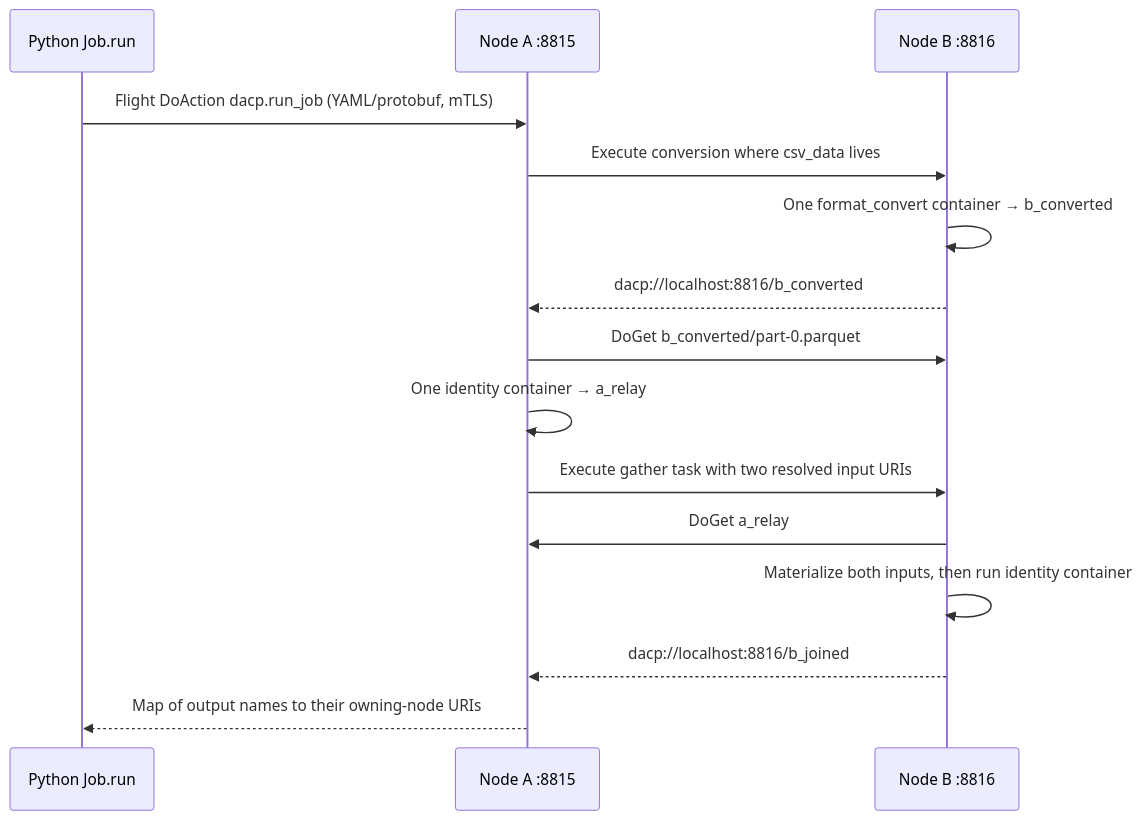
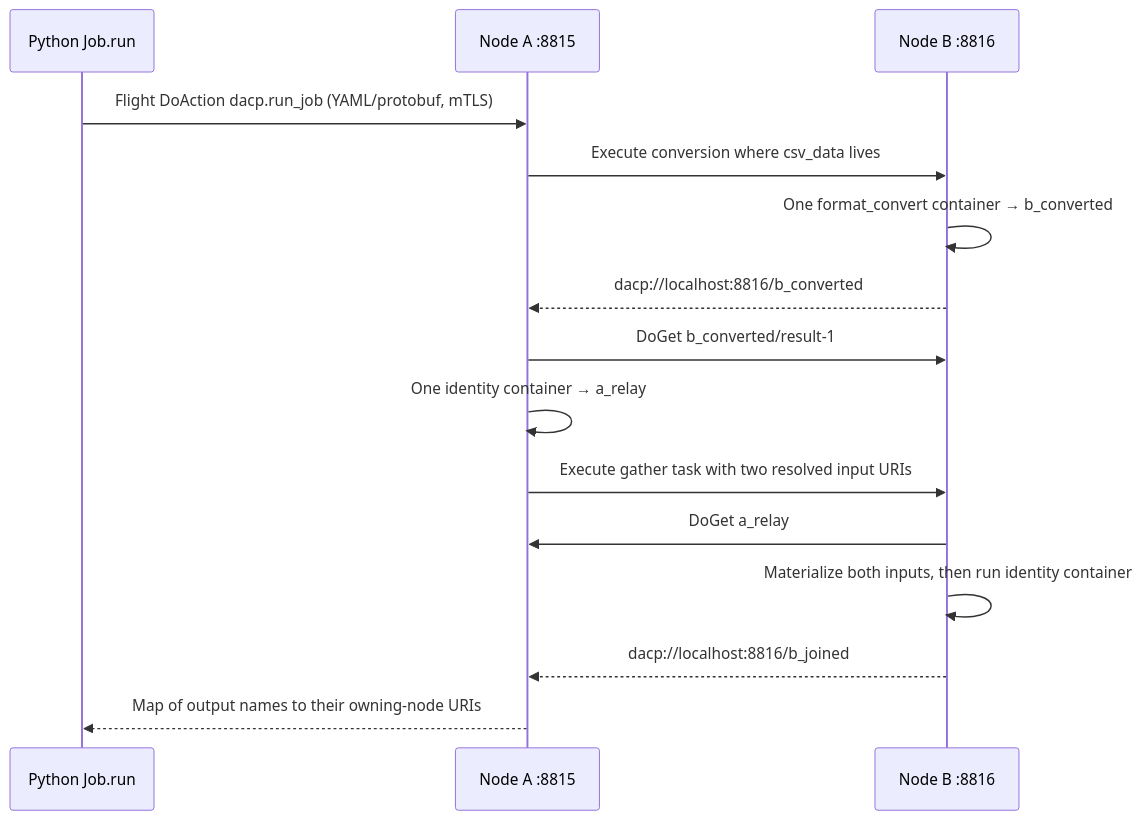
The diagram in examples/multi-node/README.md (rdcn-link/dacp-codex), drawn with Mermaid before and after one commit. The commit also changed other lines of this file and 36 other files, not shown here.

````diff
--- a/examples/multi-node/README.md
+++ b/examples/multi-node/README.md
@@ -5,17 +5,17 @@
 ```mermaid
 sequenceDiagram
     participant Client as Python Job.run
     participant A as Node A :8815
     participant B as Node B :8816
     Client->>A: Flight DoAction dacp.run_job (YAML/protobuf, mTLS)
     A->>B: Execute conversion where csv_data lives
     B->>B: One format_convert container → b_converted
     B-->>A: dacp://localhost:8816/b_converted
-    A->>B: DoGet b_converted/part-0.parquet
+    A->>B: DoGet b_converted/result-1
     A->>A: One identity container → a_relay
     A->>B: Execute gather task with two resolved input URIs
     B->>A: DoGet a_relay
     B->>B: Materialize both inputs, then run identity container
     B-->>A: dacp://localhost:8816/b_joined
     A-->>Client: Map of output names to their owning-node URIs
 ```
````
